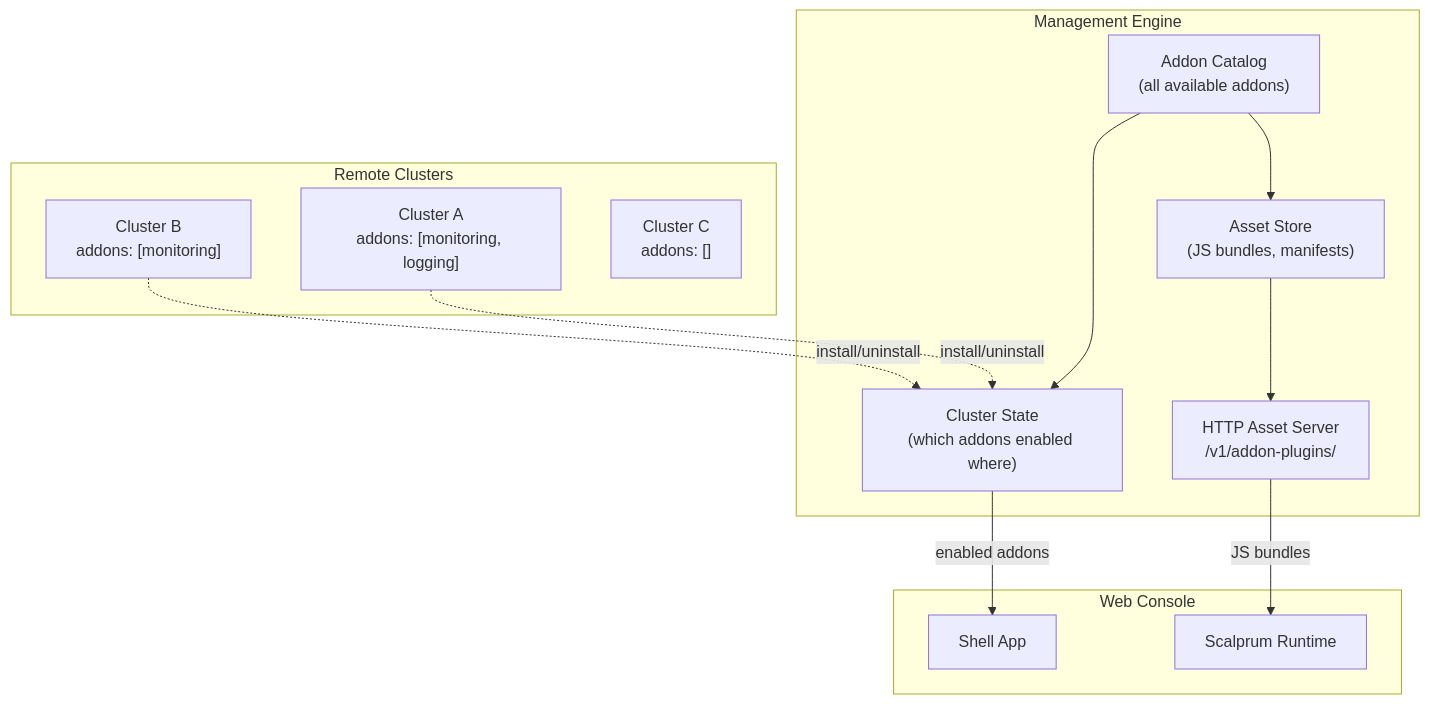
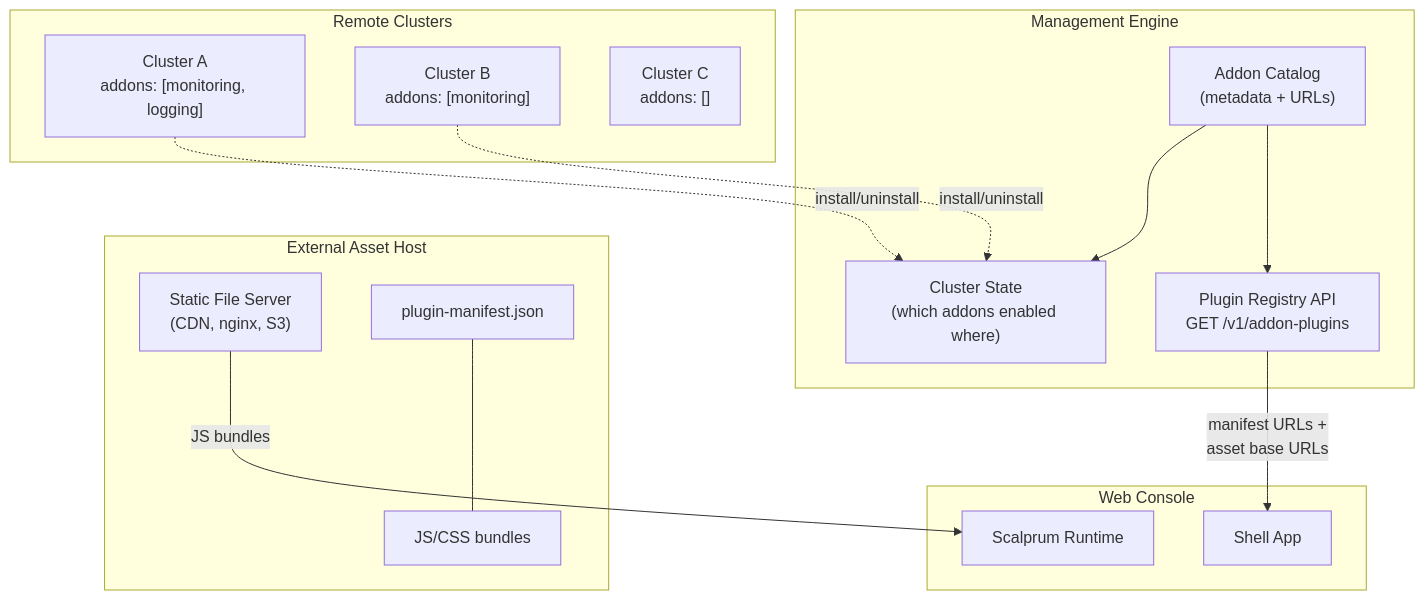
One commit to fleetshift/fleetshift-poc changed the second of 11 diagrams in docs/design/addon-ui-architecture.md. Above: the diagram before and after it, drawn with Mermaid. The commit also changed other lines of this file, not shown here.

Commit message:
docs(ui-addons): add OCI and decoupled CDN model

````diff
--- a/docs/design/addon-ui-architecture.md
+++ b/docs/design/addon-ui-architecture.md
@@ -150,29 +153,35 @@
 ```mermaid
 graph TD
     subgraph Engine["Management Engine"]
-        CAT["Addon Catalog<br/>(all available addons)"]
-        ASSETS["Asset Store<br/>(JS bundles, manifests)"]
-        HTTP["HTTP Asset Server<br/>/v1/addon-plugins/"]
+        CAT["Addon Catalog<br/>(metadata + URLs)"]
         STATE["Cluster State<br/>(which addons enabled where)"]
+        API["Plugin Registry API<br/>GET /v1/addon-plugins"]
 
-        CAT --> ASSETS
         CAT --> STATE
-        ASSETS --> HTTP
+        CAT --> API
+    end
+
+    subgraph AssetHost["External Asset Host"]
+        CDN["Static File Server<br/>(CDN, nginx, S3)"]
+        MANIFEST["plugin-manifest.json"]
+        JS["JS/CSS bundles"]
+
+        MANIFEST --- JS
     end
 
     subgraph Clusters["Remote Clusters"]
         C1["Cluster A<br/>addons: [monitoring, logging]"]
         C2["Cluster B<br/>addons: [monitoring]"]
         C3["Cluster C<br/>addons: []"]
     end
 
     subgraph Browser["Web Console"]
         SHELL["Shell App"]
         SCALPRUM["Scalprum Runtime"]
     end
 
-    STATE -->|"enabled addons"| SHELL
-    HTTP -->|"JS bundles"| SCALPRUM
+    API -->|"manifest URLs +<br/>asset base URLs"| SHELL
+    CDN -->|"JS bundles"| SCALPRUM
     C1 -.->|"install/uninstall"| STATE
     C2 -.->|"install/uninstall"| STATE
 ```
````
